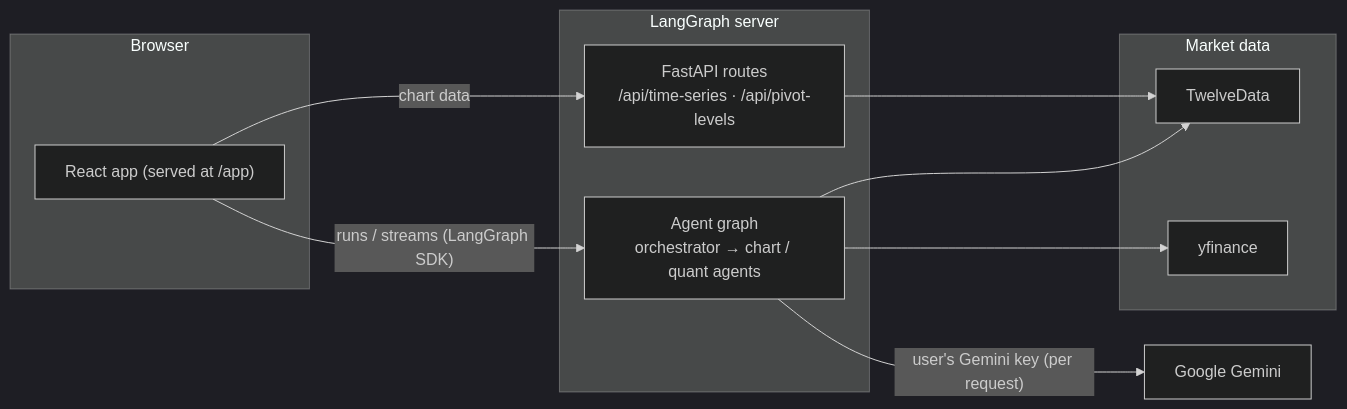
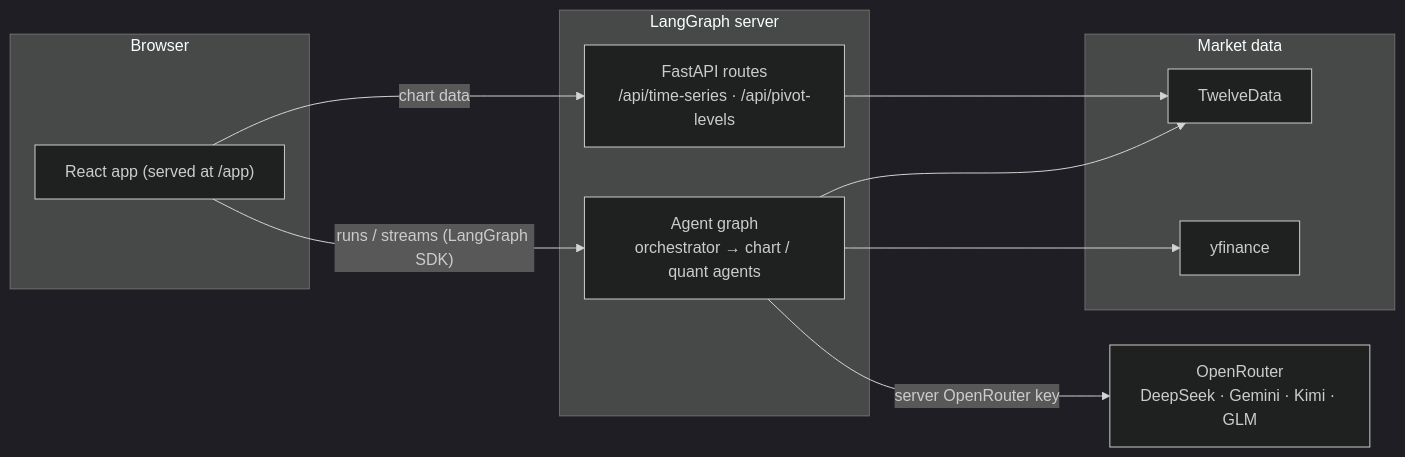
The diagram in README.md (xifan828/tradable-mind-fullstack), drawn with Mermaid (dark theme) before and after one commit. The commit also changed other lines of this file and 24 other files, not shown here.

````diff
--- a/README.md
+++ b/README.md
@@ -31,19 +31,19 @@
 ```mermaid
 flowchart LR
     subgraph Browser
         UI["React app (served at /app)"]
     end
     subgraph "LangGraph server"
         G["Agent graph<br/>orchestrator → chart / quant agents"]
         API["FastAPI routes<br/>/api/time-series · /api/pivot-levels"]
     end
     subgraph "Market data"
         TD["TwelveData"]
         YF["yfinance"]
     end
     UI -- "runs / streams (LangGraph SDK)" --> G
     UI -- "chart data" --> API
     G --> TD & YF
     API --> TD
-    G -- "user's Gemini key (per request)" --> GM["Google Gemini"]
+    G -- "server OpenRouter key" --> GM["OpenRouter<br/>DeepSeek · Gemini · Kimi · GLM"]
 ```
````
